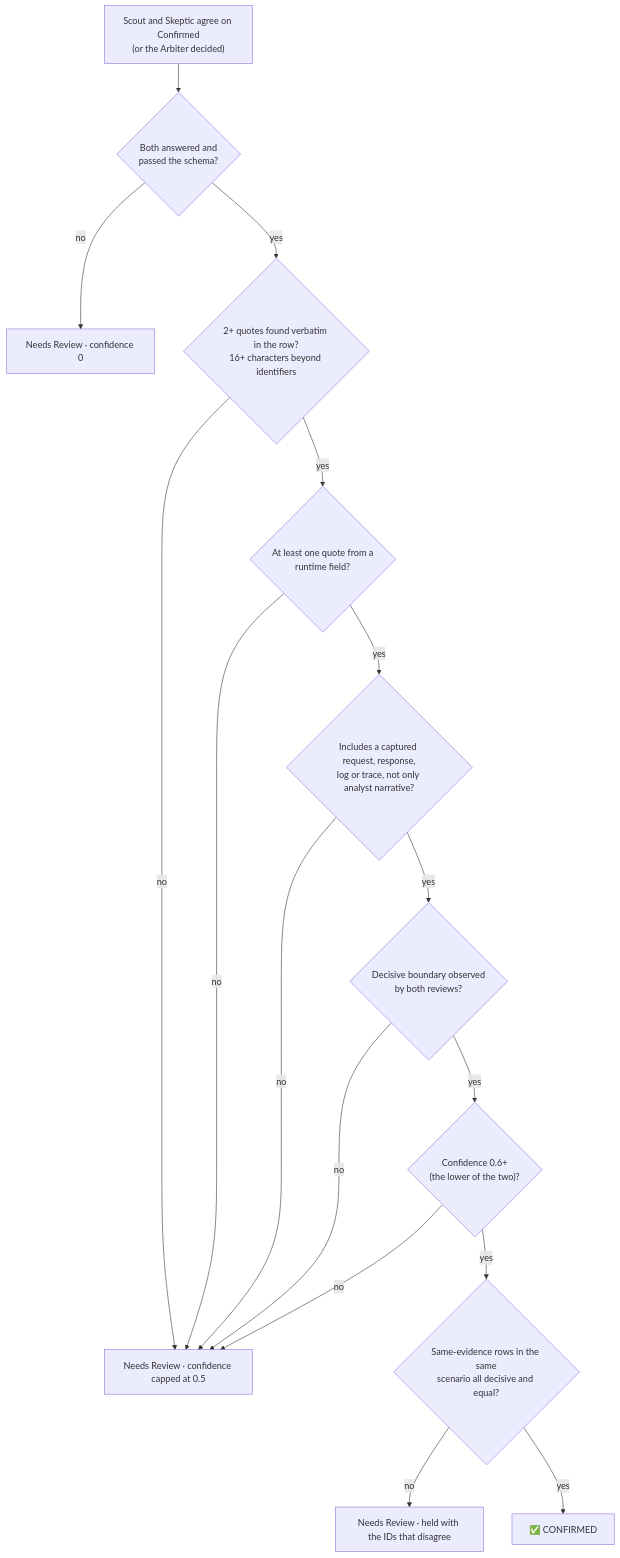
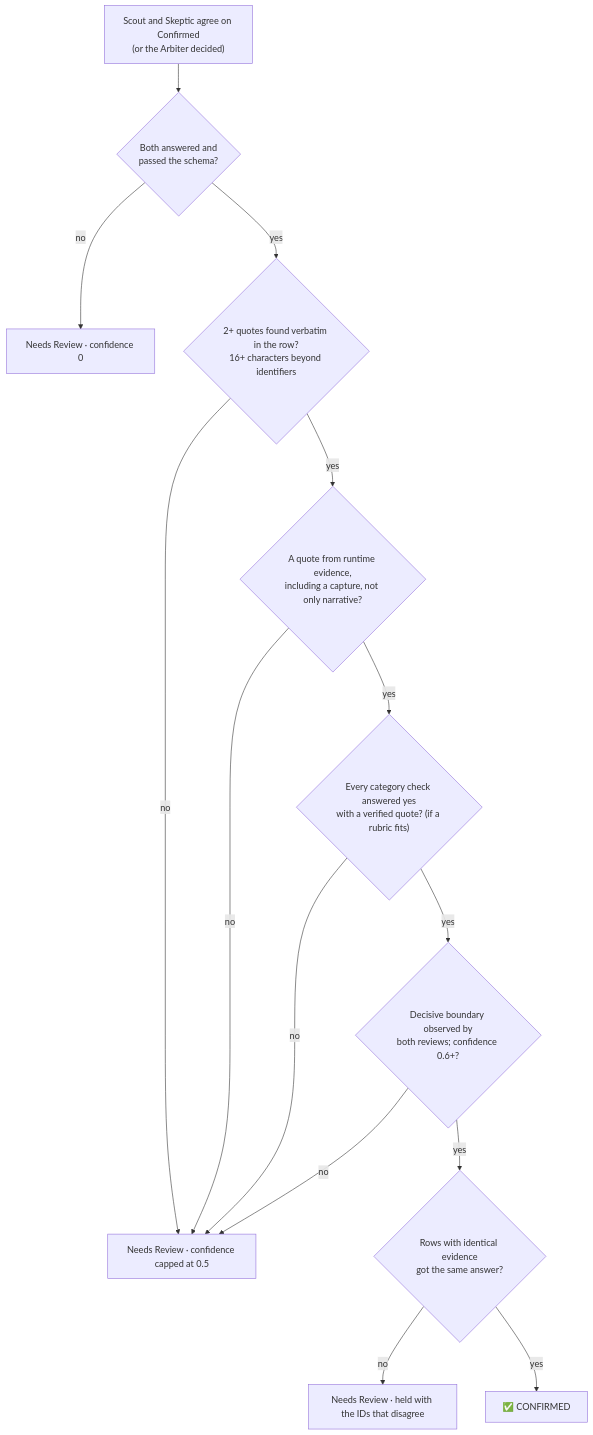
The third of 3 diagrams in README.md (cylockholmes/Tr-AI-ger-tool), drawn with Mermaid before and after one commit. The commit also changed other lines of this file and 2 other files, not shown here.

````diff
--- a/README.md
+++ b/README.md
@@ -116,18 +163,16 @@
 ```mermaid
 flowchart TD
     V["Scout and Skeptic agree on Confirmed<br/>(or the Arbiter decided)"] --> Q1{"Both answered and<br/>passed the schema?"}
     Q1 -- no --> NR["Needs Review · confidence 0"]
     Q1 -- yes --> Q2{"2+ quotes found verbatim in the row?<br/>16+ characters beyond identifiers"}
     Q2 -- no --> NR5["Needs Review · confidence capped at 0.5"]
-    Q2 -- yes --> Q3{"At least one quote from a<br/>runtime field?"}
+    Q2 -- yes --> Q3{"A quote from runtime evidence,<br/>including a capture, not only narrative?"}
     Q3 -- no --> NR5
-    Q3 -- yes --> Q3b{"Includes a captured request, response,<br/>log or trace, not only analyst narrative?"}
-    Q3b -- no --> NR5
-    Q3b -- yes --> Q4{"Decisive boundary observed<br/>by both reviews?"}
+    Q3 -- yes --> Q4{"Every category check answered yes<br/>with a verified quote? (if a rubric fits)"}
     Q4 -- no --> NR5
-    Q4 -- yes --> Q5{"Confidence 0.6+<br/>(the lower of the two)?"}
+    Q4 -- yes --> Q5{"Decisive boundary observed by<br/>both reviews; confidence 0.6+?"}
     Q5 -- no --> NR5
-    Q5 -- yes --> Q6{"Same-evidence rows in the same<br/>scenario all decisive and equal?"}
+    Q5 -- yes --> Q6{"Rows with identical evidence<br/>got the same answer?"}
     Q6 -- no --> NR6["Needs Review · held with the IDs that disagree"]
     Q6 -- yes --> OK["✅ CONFIRMED"]
 ```
````
